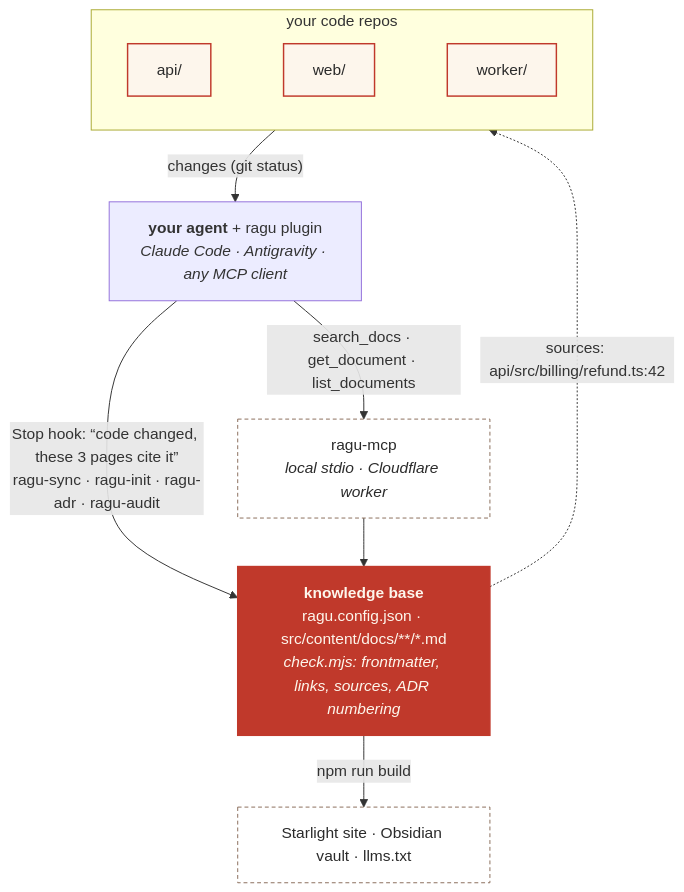
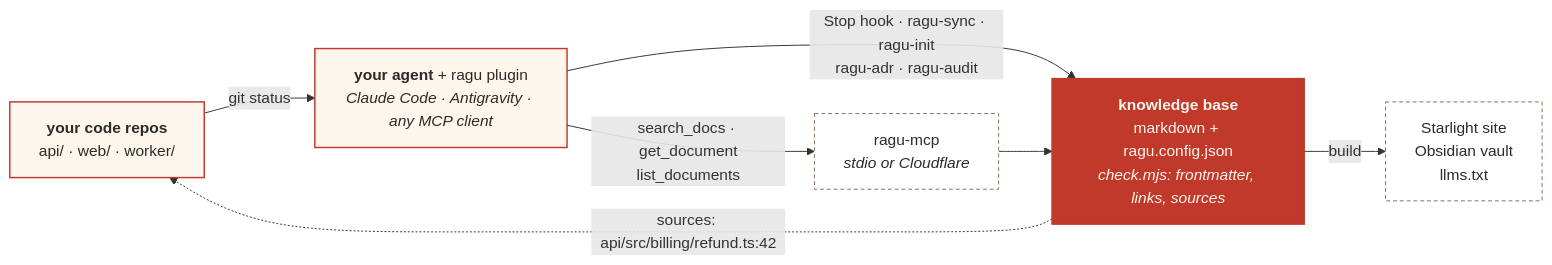
One commit to pedrohfonseca81/ragu changed the diagram in assets/ragu-flow.mmd. Above: the diagram before and after it, drawn with Mermaid. The commit also changed 9 other files, not shown here.

First line of the commit message:
docs: compact the architecture diagram

```diff
--- a/assets/ragu-flow.mmd
+++ b/assets/ragu-flow.mmd
@@ -1,26 +1,19 @@
-flowchart TD
-    subgraph repos["your code repos"]
-        direction LR
-        api["api/"] ~~~ web["web/"] ~~~ worker["worker/"]
-    end
+flowchart LR
+    repos["<b>your code repos</b><br/>api/ · web/ · worker/"]
+    agent["<b>your agent</b> + ragu plugin<br/><i>Claude Code · Antigravity · any MCP client</i>"]
+    mcp["ragu-mcp<br/><i>stdio or Cloudflare</i>"]
+    kb["<b>knowledge base</b><br/>markdown + ragu.config.json<br/><i>check.mjs: frontmatter, links, sources</i>"]
+    out["Starlight site<br/>Obsidian vault<br/>llms.txt"]
 
-    agent["<b>your agent</b> + ragu plugin<br/><i>Claude Code · Antigravity · any MCP client</i>"]
-
-    mcp["ragu-mcp<br/><i>local stdio · Cloudflare worker</i>"]
-
-    kb["<b>knowledge base</b><br/>ragu.config.json · src/content/docs/**/*.md<br/><i>check.mjs: frontmatter, links, sources, ADR numbering</i>"]
-
-    out["Starlight site · Obsidian vault · llms.txt"]
-
-    repos -- "changes (git status)" --> agent
-    agent -- "Stop hook: “code changed, these 3 pages cite it”<br/>ragu-sync · ragu-init · ragu-adr · ragu-audit" --> kb
-    agent -- "search_docs · get_document · list_documents" --> mcp --> kb
+    repos -- "git status" --> agent
+    agent -- "Stop hook · ragu-sync · ragu-init<br/>ragu-adr · ragu-audit" --> kb
+    agent -- "search_docs · get_document<br/>list_documents" --> mcp --> kb
     kb -. "sources: api/src/billing/refund.ts:42" .-> repos
-    kb -- "npm run build" --> out
+    kb -- "build" --> out
 
     classDef code fill:#fdf6ec,stroke:#c0392b,stroke-width:1.5px,color:#2b2b2b
     classDef kbox fill:#c0392b,stroke:#c0392b,stroke-width:1.5px,color:#fdf6ec
     classDef soft fill:#ffffff,stroke:#8a6d5a,stroke-width:1px,color:#2b2b2b,stroke-dasharray:4 3
-    class api,web,worker code
+    class repos,agent code
     class kb kbox
     class mcp,out soft
```
